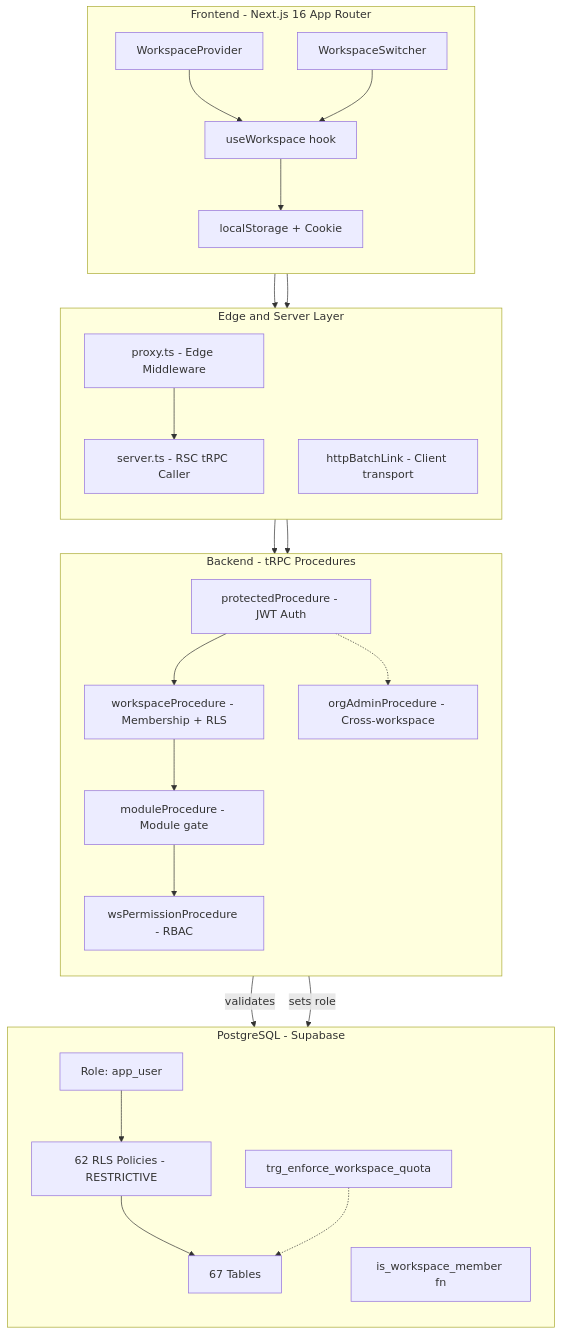
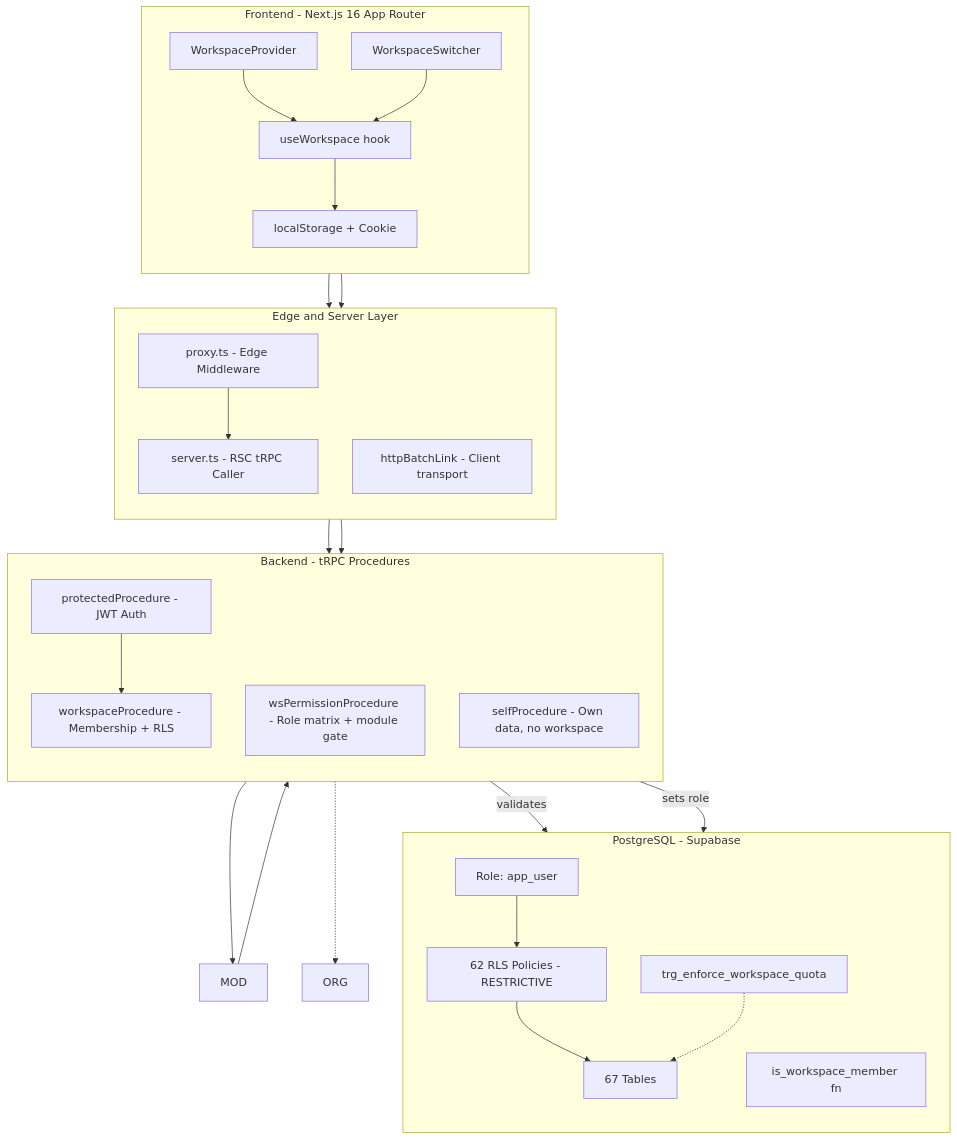
Before and after one commit to jesusjosezapata99-jpg/Cendaro: the first of 7 diagrams in docs/architecture/multi-tenant-architecture.md, drawn with Mermaid. The commit also changed other lines of this file and 212 other files, not shown here.

````diff
--- a/docs/architecture/multi-tenant-architecture.md
+++ b/docs/architecture/multi-tenant-architecture.md
@@ -56,53 +57,52 @@
 ```mermaid
 graph TB
     subgraph CLIENT ["Frontend - Next.js 16 App Router"]
         direction TB
         WP["WorkspaceProvider"]
         WS["WorkspaceSwitcher"]
         HOOK["useWorkspace hook"]
         PERSIST["localStorage + Cookie"]
     end
 
     subgraph EDGE ["Edge and Server Layer"]
         direction TB
         PROXY["proxy.ts - Edge Middleware"]
         RSC["server.ts - RSC tRPC Caller"]
         HTTP["httpBatchLink - Client transport"]
     end
 
     subgraph BACKEND ["Backend - tRPC Procedures"]
         direction TB
         AUTH["protectedProcedure - JWT Auth"]
         WSP["workspaceProcedure - Membership + RLS"]
-        MOD["moduleProcedure - Module gate"]
-        PERM["wsPermissionProcedure - RBAC"]
-        ORG["orgAdminProcedure - Cross-workspace"]
+        PERM["wsPermissionProcedure - Role matrix + module gate"]
+        SELF["selfProcedure - Own data, no workspace"]
     end
 
     subgraph DATABASE ["PostgreSQL - Supabase"]
         direction TB
         ROLE["Role: app_user"]
         FN["is_workspace_member fn"]
         RLS["62 RLS Policies - RESTRICTIVE"]
         TABLES["67 Tables"]
         TRG["trg_enforce_workspace_quota"]
     end
 
     WP --> HOOK
     WS --> HOOK
     HOOK --> PERSIST
     PERSIST --> HTTP
     PERSIST --> PROXY
     PROXY --> RSC
     HTTP --> AUTH
     RSC --> AUTH
     AUTH --> WSP
     WSP -->|validates| FN
     WSP -->|sets role| ROLE
     WSP --> MOD
     MOD --> PERM
     AUTH -.-> ORG
     ROLE --> RLS
     RLS --> TABLES
     TRG -.-> TABLES
 ```
````
